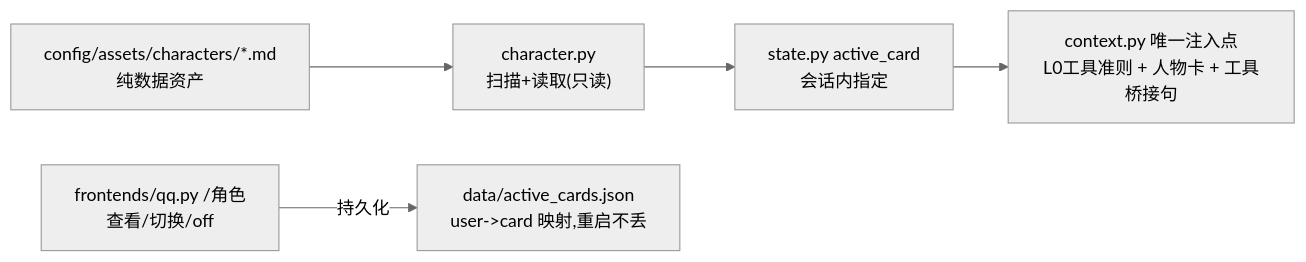
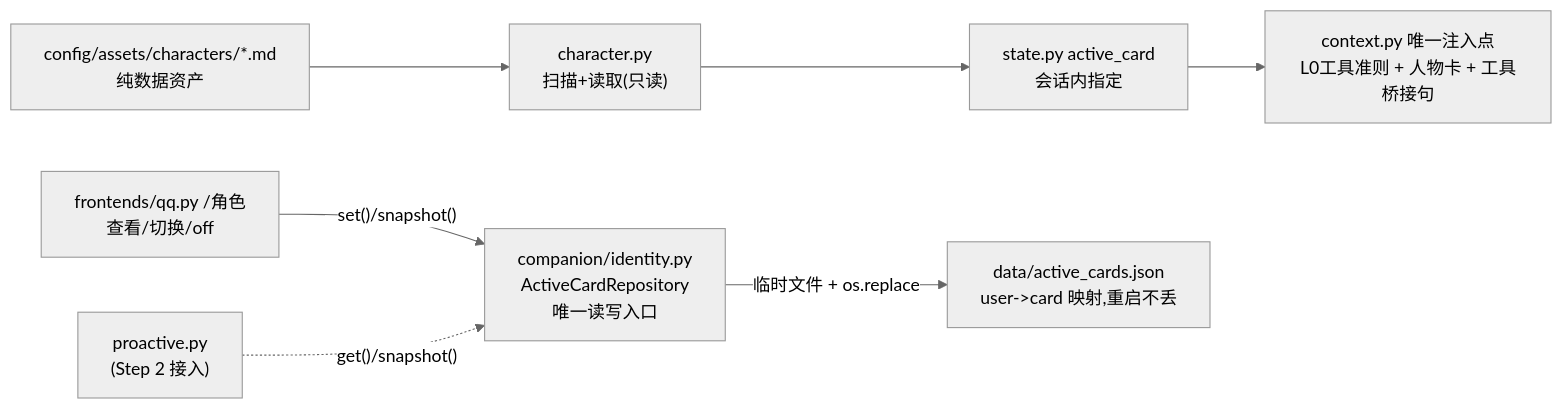
One commit to weweaq/monoRepo changed the sixth of 21 diagrams in apps/withlanggraph/docs/langTrack-tech.md. Above: the diagram before and after it, drawn with Mermaid (neutral theme). The commit also changed other lines of this file and 2 other files, not shown here.

First line of the commit message:
docs(gacore): 记录角色卡持久化收敛（Companion 自我记忆 V1 Step 1）

````diff
--- a/apps/withlanggraph/docs/langTrack-tech.md
+++ b/apps/withlanggraph/docs/langTrack-tech.md
@@ -723,7 +723,9 @@
 ```mermaid
 flowchart LR
     A["config/assets/characters/*.md<br/>纯数据资产"] --> B["character.py<br/>扫描+读取(只读)"]
     B --> C["state.py active_card<br/>会话内指定"]
     C --> D["context.py 唯一注入点<br/>L0工具准则 + 人物卡 + 工具桥接句"]
-    E["frontends/qq.py /角色<br/>查看/切换/off"] -->|持久化| F["data/active_cards.json<br/>user->card 映射,重启不丢"]
+    E["frontends/qq.py /角色<br/>查看/切换/off"] -->|"set()/snapshot()"| R["companion/identity.py<br/>ActiveCardRepository<br/>唯一读写入口"]
+    R -->|"临时文件 + os.replace"| F["data/active_cards.json<br/>user->card 映射,重启不丢"]
+    P["proactive.py<br/>(Step 2 接入)"] -.->|"get()/snapshot()"| R
 ```
````
